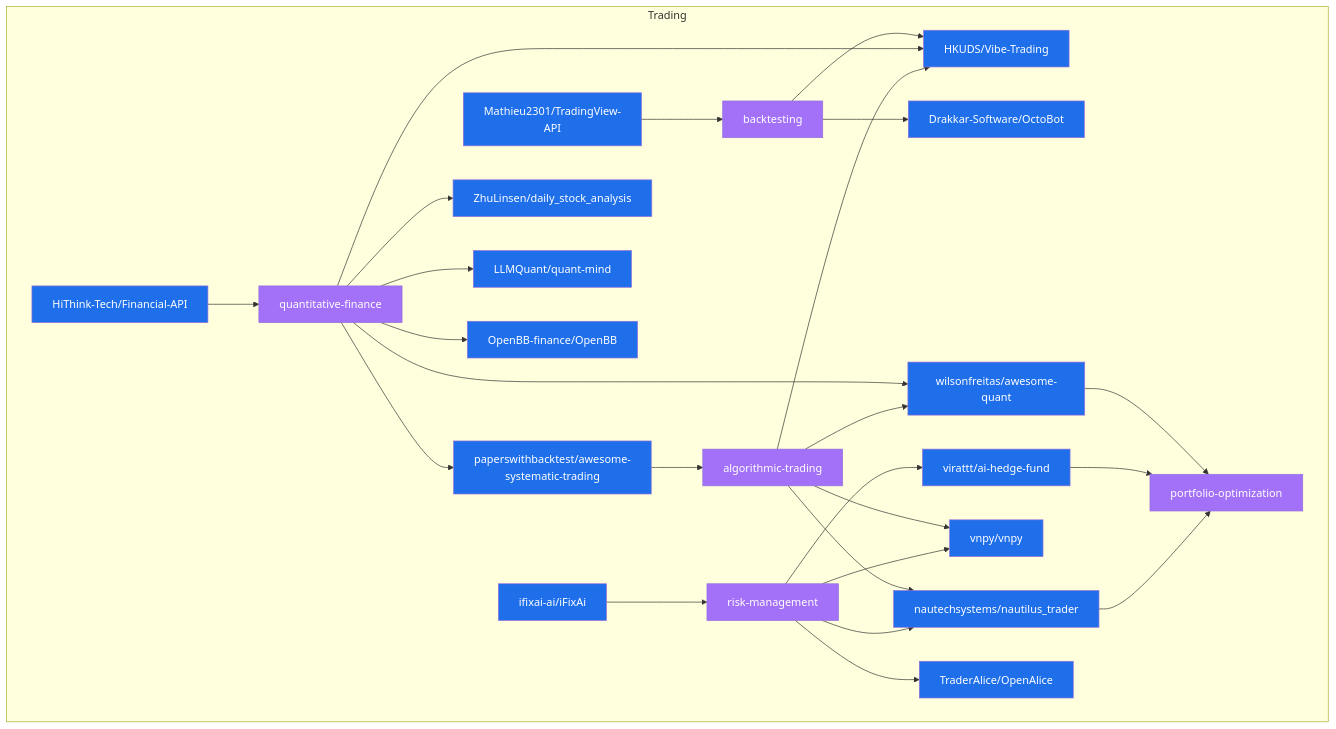
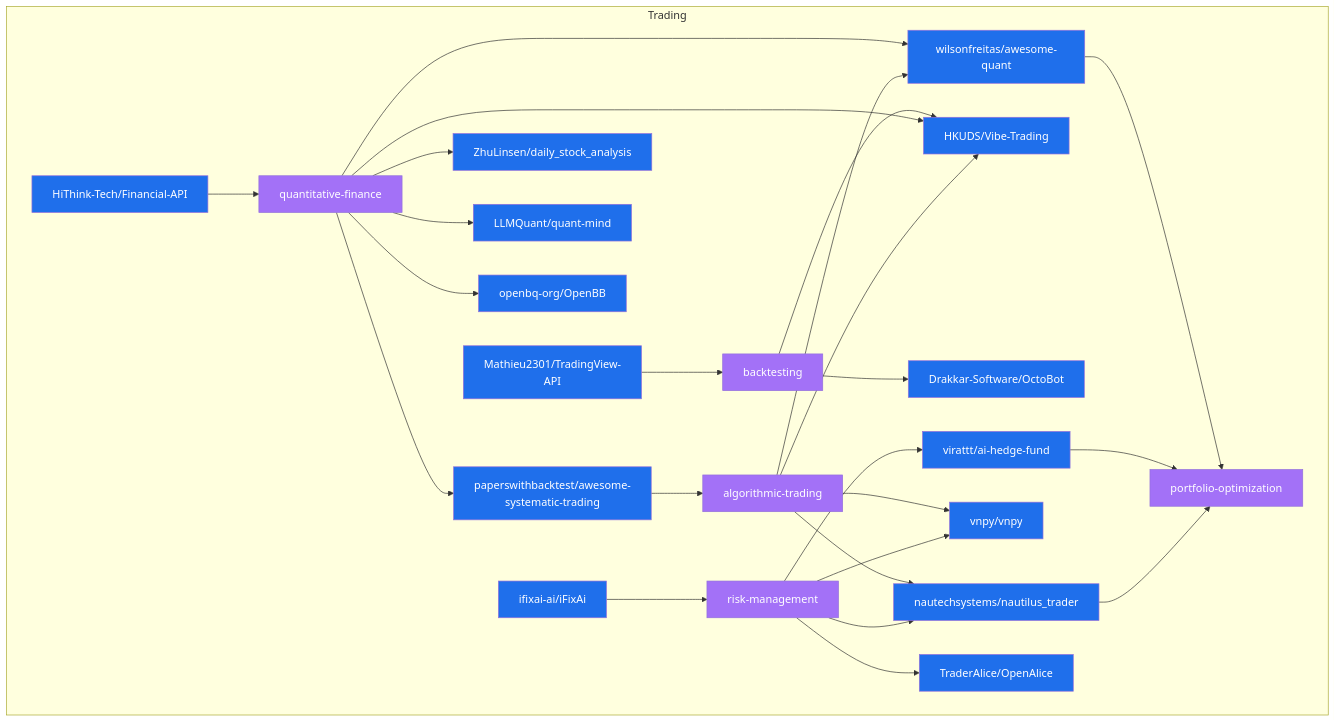
One commit to Meru143/star-graph changed the diagram in data/star_graph_trading.mermaid. Above: the diagram before and after it, drawn with Mermaid. The commit also changed 15 other files, not shown here.

Commit message:
chore: weekly star graph update 2026-10-05

```diff
--- a/data/star_graph_trading.mermaid
+++ b/data/star_graph_trading.mermaid
@@ -1,50 +1,50 @@
 graph TD
   subgraph trading ["Trading"]
+    nautechsystems_nautilus_trader["nautechsystems/nautilus_trader"]:::repo
+    LLMQuant_quant_mind["LLMQuant/quant-mind"]:::repo
+    algorithmic_trading["algorithmic-trading"]:::topic
+    risk_management["risk-management"]:::topic
     quantitative_finance["quantitative-finance"]:::topic
-    nautechsystems_nautilus_trader["nautechsystems/nautilus_trader"]:::repo
+    HKUDS_Vibe_Trading["HKUDS/Vibe-Trading"]:::repo
     portfolio_optimization["portfolio-optimization"]:::topic
+    HiThink_Tech_Financial_API["HiThink-Tech/Financial-API"]:::repo
+    backtesting["backtesting"]:::topic
+    TraderAlice_OpenAlice["TraderAlice/OpenAlice"]:::repo
     Mathieu2301_TradingView_API["Mathieu2301/TradingView-API"]:::repo
+    ifixai_ai_iFixAi["ifixai-ai/iFixAi"]:::repo
+    virattt_ai_hedge_fund["virattt/ai-hedge-fund"]:::repo
     vnpy_vnpy["vnpy/vnpy"]:::repo
+    ZhuLinsen_daily_stock_analysis["ZhuLinsen/daily_stock_analysis"]:::repo
+    paperswithbacktest_awesome_systematic_trading["paperswithbacktest/awesome-systematic-trading"]:::repo
+    wilsonfreitas_awesome_quant["wilsonfreitas/awesome-quant"]:::repo
     Drakkar_Software_OctoBot["Drakkar-Software/OctoBot"]:::repo
-    LLMQuant_quant_mind["LLMQuant/quant-mind"]:::repo
-    ZhuLinsen_daily_stock_analysis["ZhuLinsen/daily_stock_analysis"]:::repo
-    HKUDS_Vibe_Trading["HKUDS/Vibe-Trading"]:::repo
-    backtesting["backtesting"]:::topic
-    HiThink_Tech_Financial_API["HiThink-Tech/Financial-API"]:::repo
-    risk_management["risk-management"]:::topic
-    algorithmic_trading["algorithmic-trading"]:::topic
-    ifixai_ai_iFixAi["ifixai-ai/iFixAi"]:::repo
-    TraderAlice_OpenAlice["TraderAlice/OpenAlice"]:::repo
-    wilsonfreitas_awesome_quant["wilsonfreitas/awesome-quant"]:::repo
-    paperswithbacktest_awesome_systematic_trading["paperswithbacktest/awesome-systematic-trading"]:::repo
-    virattt_ai_hedge_fund["virattt/ai-hedge-fund"]:::repo
-    OpenBB_finance_OpenBB["OpenBB-finance/OpenBB"]:::repo
+    openbq_org_OpenBB["openbq-org/OpenBB"]:::repo
   end
   Mathieu2301_TradingView_API --> backtesting
   backtesting --> HKUDS_Vibe_Trading
   backtesting --> Drakkar_Software_OctoBot
   HiThink_Tech_Financial_API --> quantitative_finance
   quantitative_finance --> paperswithbacktest_awesome_systematic_trading
   quantitative_finance --> ZhuLinsen_daily_stock_analysis
   quantitative_finance --> wilsonfreitas_awesome_quant
   quantitative_finance --> HKUDS_Vibe_Trading
   quantitative_finance --> LLMQuant_quant_mind
-  quantitative_finance --> OpenBB_finance_OpenBB
+  quantitative_finance --> openbq_org_OpenBB
   paperswithbacktest_awesome_systematic_trading --> algorithmic_trading
   algorithmic_trading --> HKUDS_Vibe_Trading
   algorithmic_trading --> wilsonfreitas_awesome_quant
   algorithmic_trading --> nautechsystems_nautilus_trader
   algorithmic_trading --> vnpy_vnpy
   ifixai_ai_iFixAi --> risk_management
   risk_management --> virattt_ai_hedge_fund
   risk_management --> nautechsystems_nautilus_trader
   risk_management --> TraderAlice_OpenAlice
   risk_management --> vnpy_vnpy
   wilsonfreitas_awesome_quant --> portfolio_optimization
   virattt_ai_hedge_fund --> portfolio_optimization
   nautechsystems_nautilus_trader --> portfolio_optimization
   classDef repo fill:#1f6feb,color:#fff;
   classDef topic fill:#a371f7,color:#fff;
   classDef technology fill:#3fb950,color:#fff;
   classDef use_case fill:#d29922,color:#fff;
   classDef architecture fill:#f85149,color:#fff;
```
